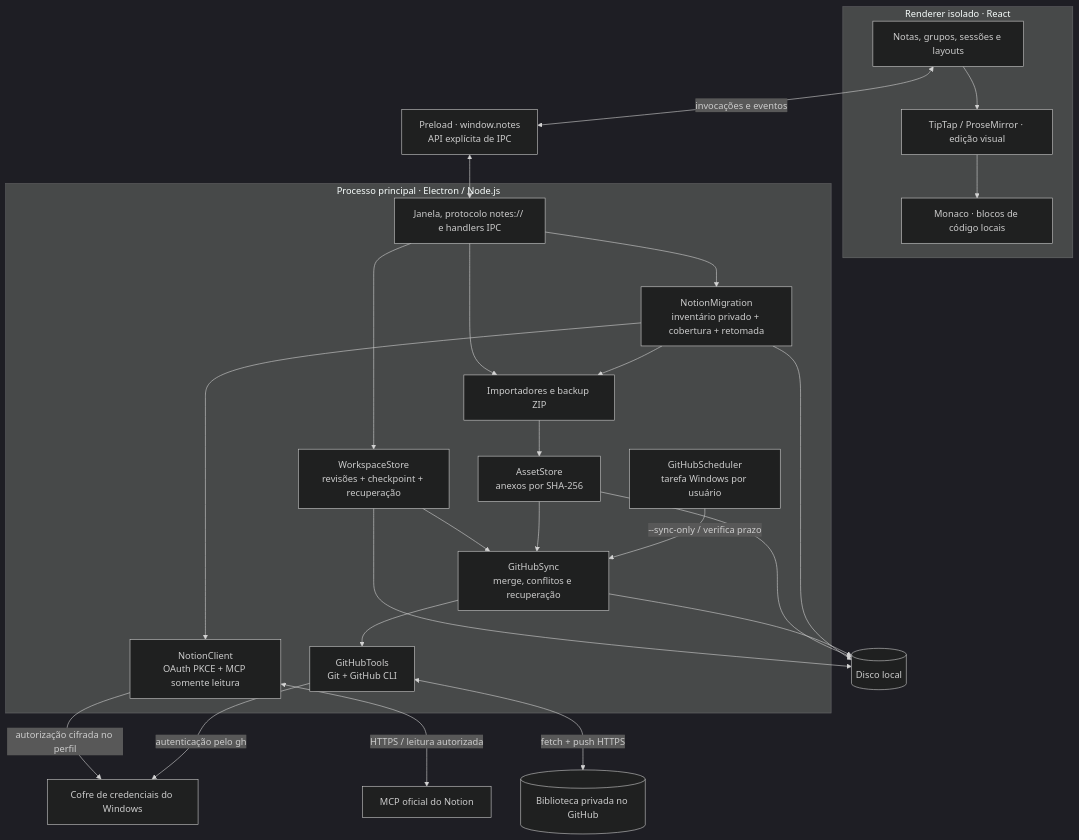
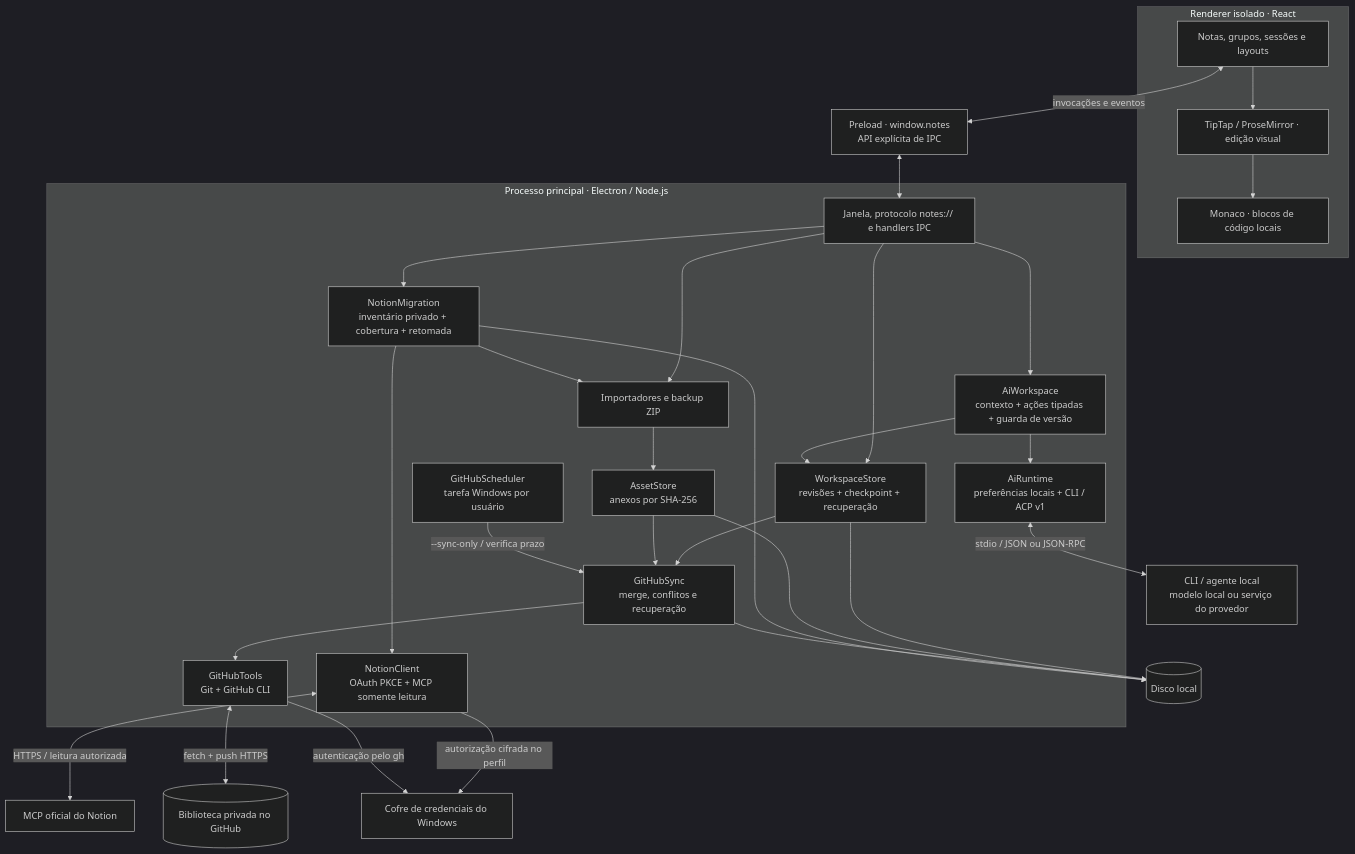
The diagram in docs/ARQUITETURA.md (xbrunots/xnotes), drawn with Mermaid (dark theme) before and after one commit. The commit also changed other lines of this file and 34 other files, not shown here.

Commit message:
Integra IA local por CLI e ACP à busca central

````diff
--- a/docs/ARQUITETURA.md
+++ b/docs/ARQUITETURA.md
@@ -9,46 +9,53 @@
 ```mermaid
 flowchart TB
     subgraph Renderer["Renderer isolado · React"]
         Workspace["Notas, grupos, sessões e layouts"]
         Editor["TipTap / ProseMirror · edição visual"]
         Code["Monaco · blocos de código locais"]
         Workspace --> Editor
         Editor --> Code
     end
     Bridge["Preload · window.notes\nAPI explícita de IPC"]
     subgraph Main["Processo principal · Electron / Node.js"]
         App["Janela, protocolo notes:// e handlers IPC"]
         Store["WorkspaceStore\nrevisões + checkpoint + recuperação"]
         Assets["AssetStore\nanexos por SHA-256"]
         IO["Importadores e backup ZIP"]
         Migration["NotionMigration\ninventário privado + cobertura + retomada"]
         Notion["NotionClient\nOAuth PKCE + MCP somente leitura"]
+        AiWorkspace["AiWorkspace\ncontexto + ações tipadas + guarda de versão"]
+        AiRuntime["AiRuntime\npreferências locais + CLI / ACP v1"]
         Sync["GitHubSync\nmerge, conflitos e recuperação"]
         Tools["GitHubTools\nGit + GitHub CLI"]
         Scheduler["GitHubScheduler\ntarefa Windows por usuário"]
         App --> Store
         App --> IO
         App --> Migration
         Migration --> Notion
         Migration --> IO
+        App --> AiWorkspace
+        AiWorkspace --> AiRuntime
+        AiWorkspace --> Store
         IO --> Assets
         Store --> Sync
         Assets --> Sync
         Sync --> Tools
         Scheduler -->|"--sync-only / verifica prazo"| Sync
     end
     Disk[("Disco local")]
     Remote[("Biblioteca privada no GitHub")]
     NotionRemote["MCP oficial do Notion"]
+    Agent["CLI / agente local\nmodelo local ou serviço do provedor"]
     Vault["Cofre de credenciais do Windows"]
     Workspace <-->|"invocações e eventos"| Bridge
     Bridge <--> App
     Store --> Disk
     Assets --> Disk
     Sync --> Disk
     Migration --> Disk
     Notion <-->|"HTTPS / leitura autorizada"| NotionRemote
     Notion -->|"autorização cifrada no perfil"| Vault
+    AiRuntime <-->|"stdio / JSON ou JSON-RPC"| Agent
     Tools <-->|"fetch + push HTTPS"| Remote
     Tools -->|"autenticação pelo gh"| Vault
 ```
````
